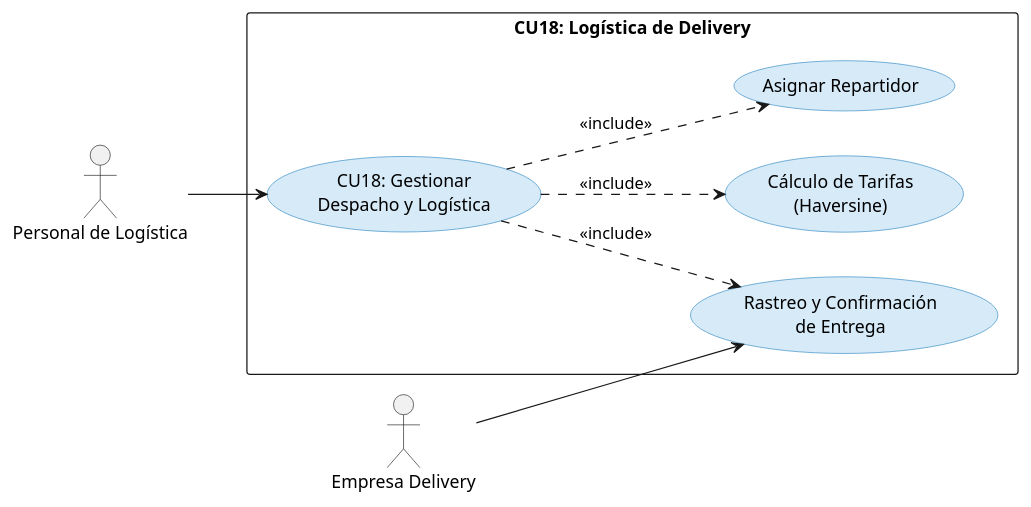
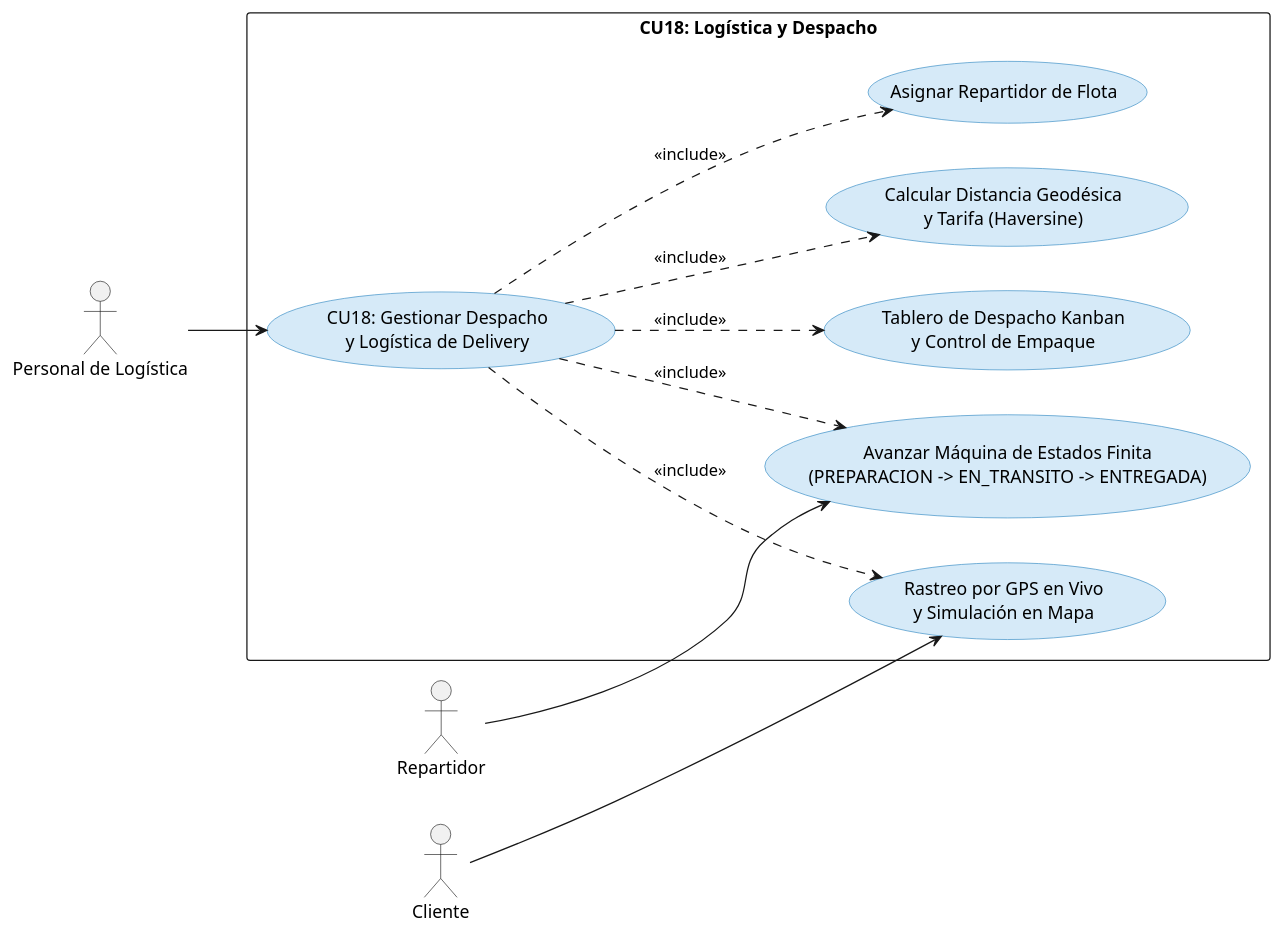
The eighth of 9 diagrams in DOCUMENTACION2/ciclo2.md (INGvainilla/1erParcial), drawn with PlantUML before and after one commit. The commit also changed other lines of this file and 60 other files, not shown here.

````diff
--- a/DOCUMENTACION2/ciclo2.md
+++ b/DOCUMENTACION2/ciclo2.md
@@ -347,25 +442,31 @@
 ```plantuml
 @startuml CU18_Logistica_Delivery
 left to right direction
 skinparam usecase {
   BackgroundColor #D6EAF8
   BorderColor #2E86C1
 }
 
 actor "Personal de Logística" as Logistica
-actor "Empresa Delivery" as Delivery
+actor "Repartidor" as Chofer
+actor "Cliente" as Cliente
 
-rectangle "CU18: Logística de Delivery" {
-  usecase "CU18: Gestionar\nDespacho y Logística" as CU18
-  usecase "Cálculo de Tarifas\n(Haversine)" as UC_Tarifa
-  usecase "Asignar Repartidor" as UC_Asignar
-  usecase "Rastreo y Confirmación\nde Entrega" as UC_Rastreo
+rectangle "CU18: Logística y Despacho" {
+  usecase "CU18: Gestionar Despacho\ny Logística de Delivery" as CU18
+  usecase "Tablero de Despacho Kanban\ny Control de Empaque" as UC_Tablero
+  usecase "Calcular Distancia Geodésica\ny Tarifa (Haversine)" as UC_Haversine
+  usecase "Asignar Repartidor de Flota" as UC_Asignar
+  usecase "Avanzar Máquina de Estados Finita\n(PREPARACION -> EN_TRANSITO -> ENTREGADA)" as UC_Estados
+  usecase "Rastreo por GPS en Vivo\ny Simulación en Mapa" as UC_Tracking
 }
 
 Logistica --> CU18
-Delivery --> UC_Rastreo
-CU18 ..> UC_Tarifa : <<include>>
+Chofer --> UC_Estados
+Cliente --> UC_Tracking
+CU18 ..> UC_Tablero : <<include>>
+CU18 ..> UC_Haversine : <<include>>
 CU18 ..> UC_Asignar : <<include>>
-CU18 ..> UC_Rastreo : <<include>>
+CU18 ..> UC_Estados : <<include>>
+CU18 ..> UC_Tracking : <<include>>
 @enduml
 ```
````
